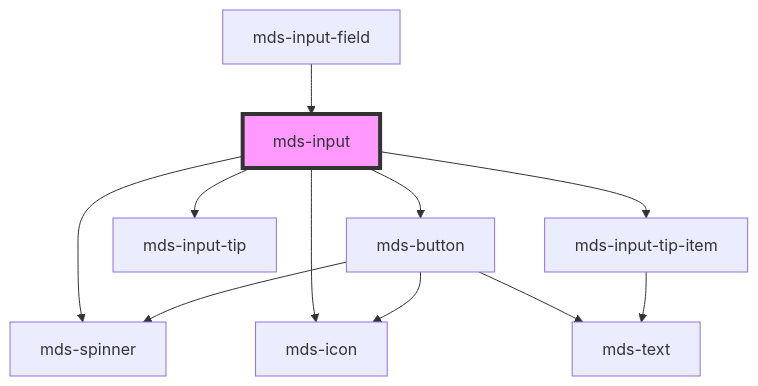
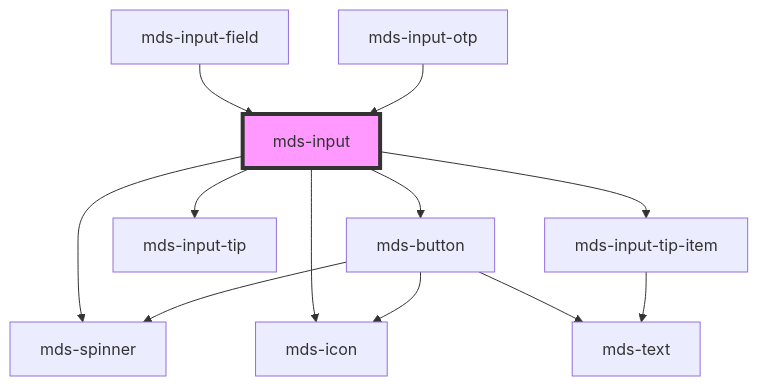
Before and after one commit to magma-design-system/magma: the diagram in projects/stencil/src/components/mds-input/readme.md, drawn with Mermaid. The commit also changed other lines of this file and 6 other files, not shown here.

Commit message:
feat(mds-input-otp): add new component

````diff
--- a/projects/stencil/src/components/mds-input/readme.md
+++ b/projects/stencil/src/components/mds-input/readme.md
@@ -130,14 +131,15 @@
 ```mermaid
 graph TD;
   mds-input --> mds-button
   mds-input --> mds-input-tip
   mds-input --> mds-input-tip-item
   mds-input --> mds-icon
   mds-input --> mds-spinner
   mds-button --> mds-spinner
   mds-button --> mds-icon
   mds-button --> mds-text
   mds-input-tip-item --> mds-text
   mds-input-field --> mds-input
+  mds-input-otp --> mds-input
   style mds-input fill:#f9f,stroke:#333,stroke-width:4px
 ```
````
